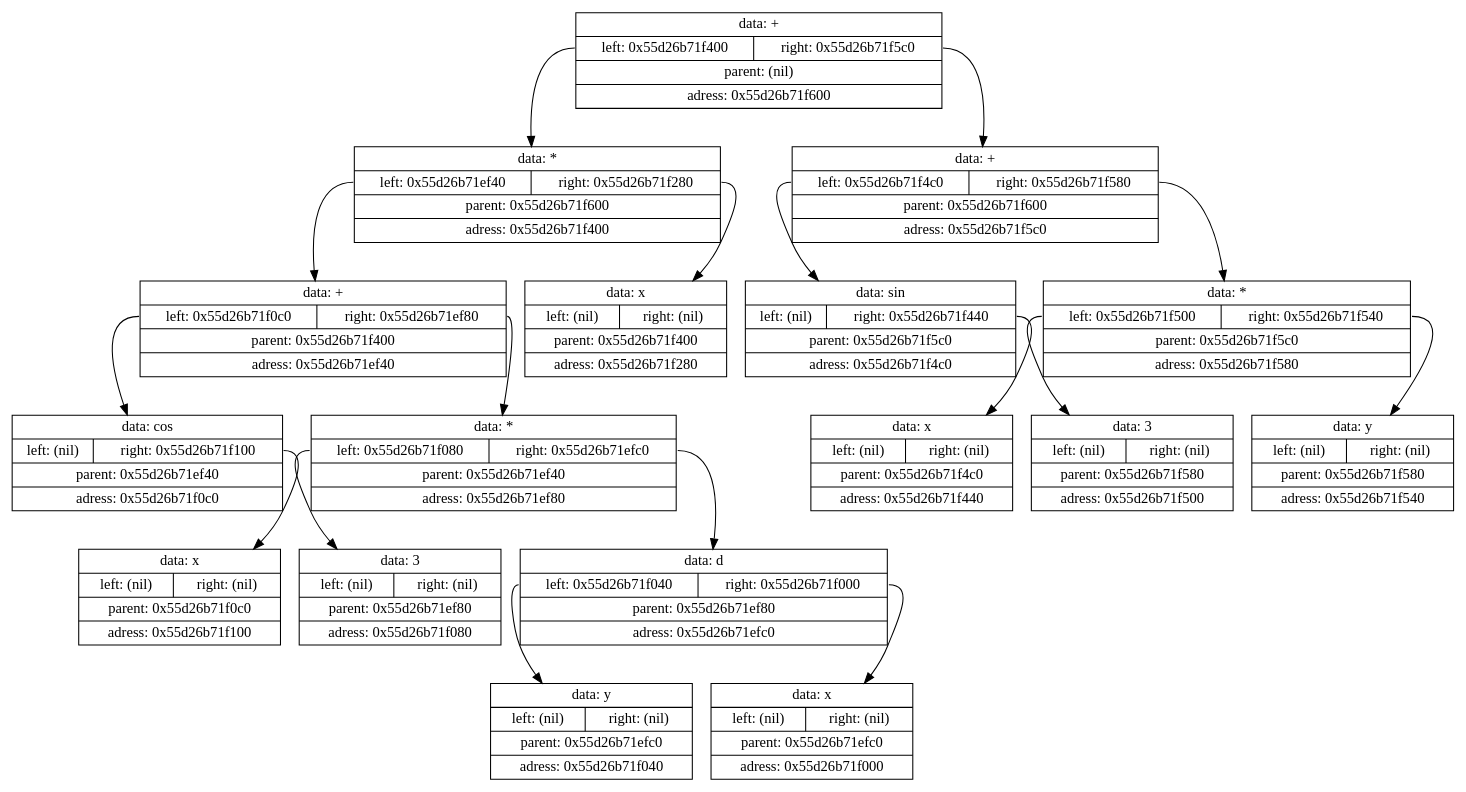
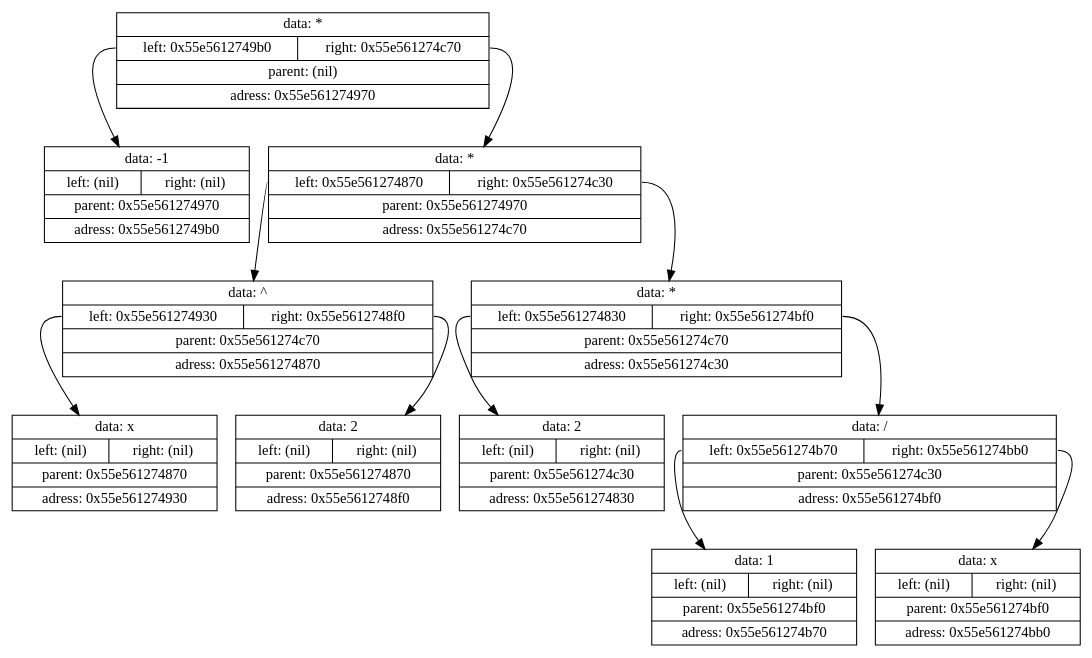
Before and after one commit to Shishqa/MIPT_1sem_C_lang: the diagram in Projects/8.Differenciator/log/tmp/tempautogeneratedlog.gv, drawn with Graphviz. The commit also changed 43 other files, not shown here.

```diff
--- a/Projects/8.Differenciator/log/tmp/tempautogeneratedlog.gv
+++ b/Projects/8.Differenciator/log/tmp/tempautogeneratedlog.gv
@@ -1,37 +1,25 @@
 digraph dump
 {
-	node0x55d26b71f600 [shape = "record", label = "{<f1>data: +|{<f2>left: 0x55d26b71f400|<f3>right: 0x55d26b71f5c0}|<f4>parent: (nil)|<f5>adress: 0x55d26b71f600}"];
-	node0x55d26b71f400 [shape = "record", label = "{<f1>data: *|{<f2>left: 0x55d26b71ef40|<f3>right: 0x55d26b71f280}|<f4>parent: 0x55d26b71f600|<f5>adress: 0x55d26b71f400}"];
-	node0x55d26b71ef40 [shape = "record", label = "{<f1>data: +|{<f2>left: 0x55d26b71f0c0|<f3>right: 0x55d26b71ef80}|<f4>parent: 0x55d26b71f400|<f5>adress: 0x55d26b71ef40}"];
-	node0x55d26b71f0c0 [shape = "record", label = "{<f1>data: cos|{<f2>left: (nil)|<f3>right: 0x55d26b71f100}|<f4>parent: 0x55d26b71ef40|<f5>adress: 0x55d26b71f0c0}"];
-	node0x55d26b71f100 [shape = "record", label = "{<f1>data: x|{<f2>left: (nil)|<f3>right: (nil)}|<f4>parent: 0x55d26b71f0c0|<f5>adress: 0x55d26b71f100}"];
-	node0x55d26b71f0c0:f3 -> node0x55d26b71f100
-	node0x55d26b71ef40:f2 -> node0x55d26b71f0c0
-	node0x55d26b71ef80 [shape = "record", label = "{<f1>data: *|{<f2>left: 0x55d26b71f080|<f3>right: 0x55d26b71efc0}|<f4>parent: 0x55d26b71ef40|<f5>adress: 0x55d26b71ef80}"];
-	node0x55d26b71f080 [shape = "record", label = "{<f1>data: 3|{<f2>left: (nil)|<f3>right: (nil)}|<f4>parent: 0x55d26b71ef80|<f5>adress: 0x55d26b71f080}"];
-	node0x55d26b71ef80:f2 -> node0x55d26b71f080
-	node0x55d26b71efc0 [shape = "record", label = "{<f1>data: d|{<f2>left: 0x55d26b71f040|<f3>right: 0x55d26b71f000}|<f4>parent: 0x55d26b71ef80|<f5>adress: 0x55d26b71efc0}"];
-	node0x55d26b71f040 [shape = "record", label = "{<f1>data: y|{<f2>left: (nil)|<f3>right: (nil)}|<f4>parent: 0x55d26b71efc0|<f5>adress: 0x55d26b71f040}"];
-	node0x55d26b71efc0:f2 -> node0x55d26b71f040
-	node0x55d26b71f000 [shape = "record", label = "{<f1>data: x|{<f2>left: (nil)|<f3>right: (nil)}|<f4>parent: 0x55d26b71efc0|<f5>adress: 0x55d26b71f000}"];
-	node0x55d26b71efc0:f3 -> node0x55d26b71f000
-	node0x55d26b71ef80:f3 -> node0x55d26b71efc0
-	node0x55d26b71ef40:f3 -> node0x55d26b71ef80
-	node0x55d26b71f400:f2 -> node0x55d26b71ef40
-	node0x55d26b71f280 [shape = "record", label = "{<f1>data: x|{<f2>left: (nil)|<f3>right: (nil)}|<f4>parent: 0x55d26b71f400|<f5>adress: 0x55d26b71f280}"];
-	node0x55d26b71f400:f3 -> node0x55d26b71f280
-	node0x55d26b71f600:f2 -> node0x55d26b71f400
-	node0x55d26b71f5c0 [shape = "record", label = "{<f1>data: +|{<f2>left: 0x55d26b71f4c0|<f3>right: 0x55d26b71f580}|<f4>parent: 0x55d26b71f600|<f5>adress: 0x55d26b71f5c0}"];
-	node0x55d26b71f4c0 [shape = "record", label = "{<f1>data: sin|{<f2>left: (nil)|<f3>right: 0x55d26b71f440}|<f4>parent: 0x55d26b71f5c0|<f5>adress: 0x55d26b71f4c0}"];
-	node0x55d26b71f440 [shape = "record", label = "{<f1>data: x|{<f2>left: (nil)|<f3>right: (nil)}|<f4>parent: 0x55d26b71f4c0|<f5>adress: 0x55d26b71f440}"];
-	node0x55d26b71f4c0:f3 -> node0x55d26b71f440
-	node0x55d26b71f5c0:f2 -> node0x55d26b71f4c0
-	node0x55d26b71f580 [shape = "record", label = "{<f1>data: *|{<f2>left: 0x55d26b71f500|<f3>right: 0x55d26b71f540}|<f4>parent: 0x55d26b71f5c0|<f5>adress: 0x55d26b71f580}"];
-	node0x55d26b71f500 [shape = "record", label = "{<f1>data: 3|{<f2>left: (nil)|<f3>right: (nil)}|<f4>parent: 0x55d26b71f580|<f5>adress: 0x55d26b71f500}"];
-	node0x55d26b71f580:f2 -> node0x55d26b71f500
-	node0x55d26b71f540 [shape = "record", label = "{<f1>data: y|{<f2>left: (nil)|<f3>right: (nil)}|<f4>parent: 0x55d26b71f580|<f5>adress: 0x55d26b71f540}"];
-	node0x55d26b71f580:f3 -> node0x55d26b71f540
-	node0x55d26b71f5c0:f3 -> node0x55d26b71f580
-	node0x55d26b71f600:f3 -> node0x55d26b71f5c0
+	node0x55e561274970 [shape = "record", label = "{<f1>data: *|{<f2>left: 0x55e5612749b0|<f3>right: 0x55e561274c70}|<f4>parent: (nil)|<f5>adress: 0x55e561274970}"];
+	node0x55e5612749b0 [shape = "record", label = "{<f1>data: -1|{<f2>left: (nil)|<f3>right: (nil)}|<f4>parent: 0x55e561274970|<f5>adress: 0x55e5612749b0}"];
+	node0x55e561274970:f2 -> node0x55e5612749b0
+	node0x55e561274c70 [shape = "record", label = "{<f1>data: *|{<f2>left: 0x55e561274870|<f3>right: 0x55e561274c30}|<f4>parent: 0x55e561274970|<f5>adress: 0x55e561274c70}"];
+	node0x55e561274870 [shape = "record", label = "{<f1>data: ^|{<f2>left: 0x55e561274930|<f3>right: 0x55e5612748f0}|<f4>parent: 0x55e561274c70|<f5>adress: 0x55e561274870}"];
+	node0x55e561274930 [shape = "record", label = "{<f1>data: x|{<f2>left: (nil)|<f3>right: (nil)}|<f4>parent: 0x55e561274870|<f5>adress: 0x55e561274930}"];
+	node0x55e561274870:f2 -> node0x55e561274930
+	node0x55e5612748f0 [shape = "record", label = "{<f1>data: 2|{<f2>left: (nil)|<f3>right: (nil)}|<f4>parent: 0x55e561274870|<f5>adress: 0x55e5612748f0}"];
+	node0x55e561274870:f3 -> node0x55e5612748f0
+	node0x55e561274c70:f2 -> node0x55e561274870
+	node0x55e561274c30 [shape = "record", label = "{<f1>data: *|{<f2>left: 0x55e561274830|<f3>right: 0x55e561274bf0}|<f4>parent: 0x55e561274c70|<f5>adress: 0x55e561274c30}"];
+	node0x55e561274830 [shape = "record", label = "{<f1>data: 2|{<f2>left: (nil)|<f3>right: (nil)}|<f4>parent: 0x55e561274c30|<f5>adress: 0x55e561274830}"];
+	node0x55e561274c30:f2 -> node0x55e561274830
+	node0x55e561274bf0 [shape = "record", label = "{<f1>data: /|{<f2>left: 0x55e561274b70|<f3>right: 0x55e561274bb0}|<f4>parent: 0x55e561274c30|<f5>adress: 0x55e561274bf0}"];
+	node0x55e561274b70 [shape = "record", label = "{<f1>data: 1|{<f2>left: (nil)|<f3>right: (nil)}|<f4>parent: 0x55e561274bf0|<f5>adress: 0x55e561274b70}"];
+	node0x55e561274bf0:f2 -> node0x55e561274b70
+	node0x55e561274bb0 [shape = "record", label = "{<f1>data: x|{<f2>left: (nil)|<f3>right: (nil)}|<f4>parent: 0x55e561274bf0|<f5>adress: 0x55e561274bb0}"];
+	node0x55e561274bf0:f3 -> node0x55e561274bb0
+	node0x55e561274c30:f3 -> node0x55e561274bf0
+	node0x55e561274c70:f3 -> node0x55e561274c30
+	node0x55e561274970:f3 -> node0x55e561274c70
 
 }
```
